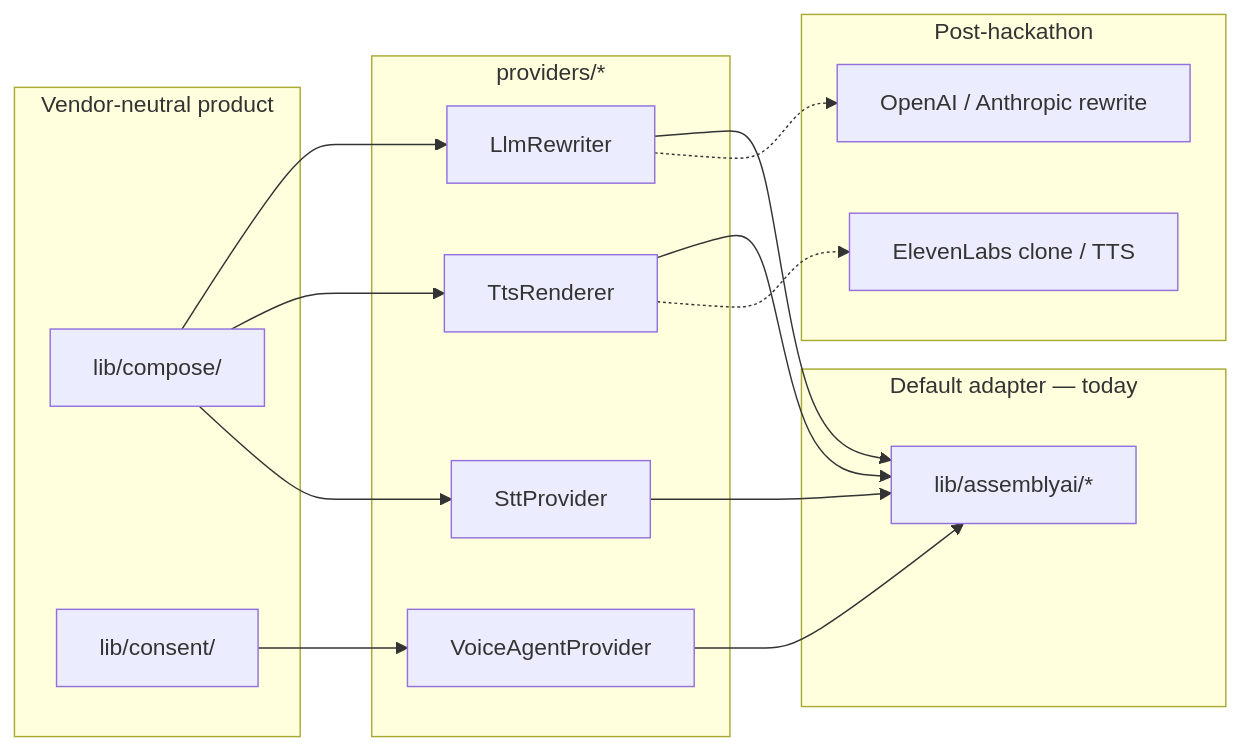
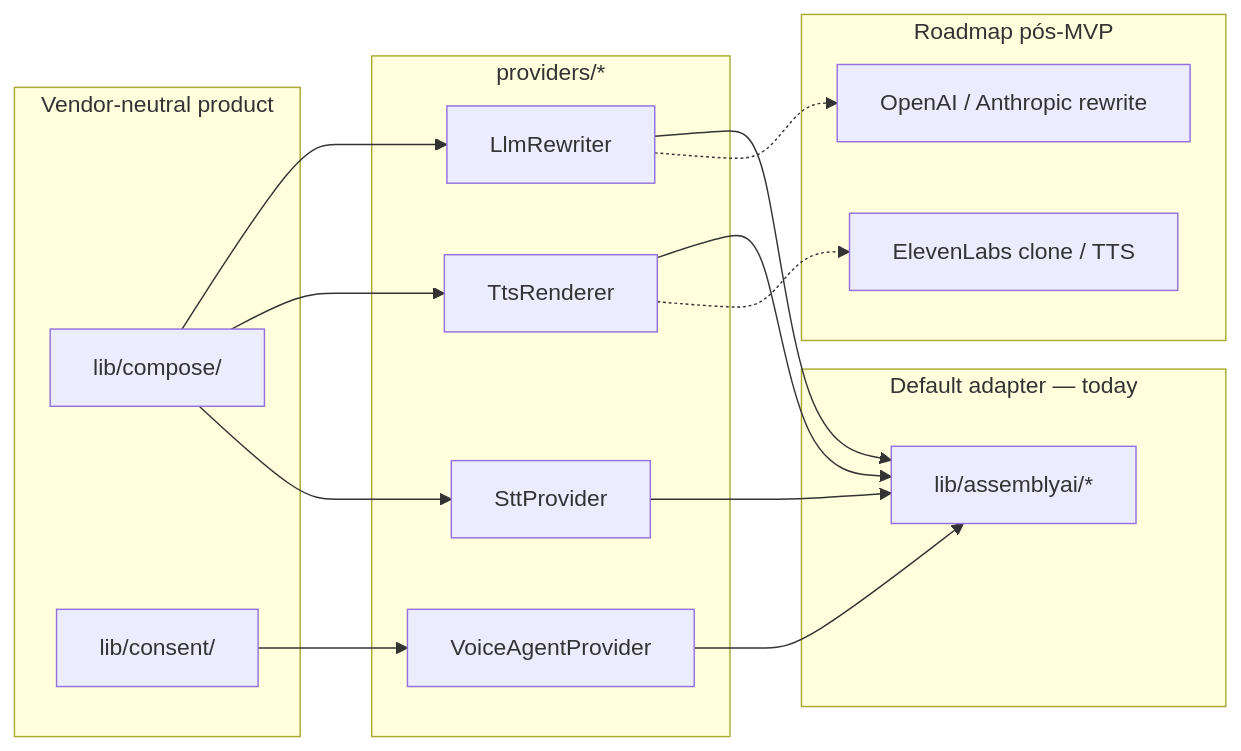
The diagram in docs/architecture/providers.md (ezeleis/captei-voz), drawn with Mermaid before and after one commit. The commit also changed other lines of this file and 18 other files, not shown here.

````diff
--- a/docs/architecture/providers.md
+++ b/docs/architecture/providers.md
@@ -12,34 +12,34 @@
 ```mermaid
 flowchart LR
   subgraph product [Vendor-neutral product]
     COMPOSE["lib/compose/"]
     CONSENT["lib/consent/"]
   end
 
   subgraph adapters [providers/*]
     STT[SttProvider]
     LLM[LlmRewriter]
     TTS[TtsRenderer]
     VA[VoiceAgentProvider]
   end
 
   subgraph today [Default adapter — today]
     AAI["lib/assemblyai/*"]
   end
 
-  subgraph later [Post-hackathon]
+  subgraph later [Roadmap pós-MVP]
     EL[ElevenLabs clone / TTS]
     OA[OpenAI / Anthropic rewrite]
   end
 
   COMPOSE --> LLM
   COMPOSE --> TTS
   COMPOSE --> STT
   CONSENT --> VA
   STT --> AAI
   LLM --> AAI
   TTS --> AAI
   VA --> AAI
   TTS -.-> EL
   LLM -.-> OA
 ```
````
